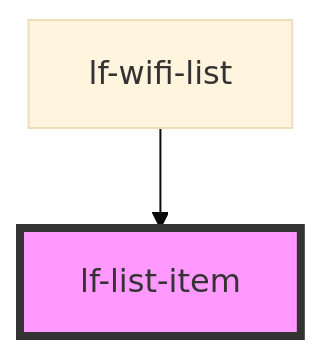
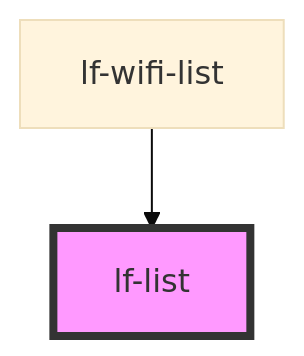
Before and after one commit to conc2304/lightform-web-controller: the diagram in web-components/src/components/lf-list/readme.md, drawn with Mermaid (base theme). The commit also changed other lines of this file and 30 other files, not shown here.

````diff
--- a/web-components/src/components/lf-list/readme.md
+++ b/web-components/src/components/lf-list/readme.md
@@ -26,5 +110,5 @@
 ```mermaid
 graph TD;
-  lf-wifi-list --> lf-list-item
-  style lf-list-item fill:#f9f,stroke:#333,stroke-width:4px
+  lf-wifi-list --> lf-list
+  style lf-list fill:#f9f,stroke:#333,stroke-width:4px
 ```
````
